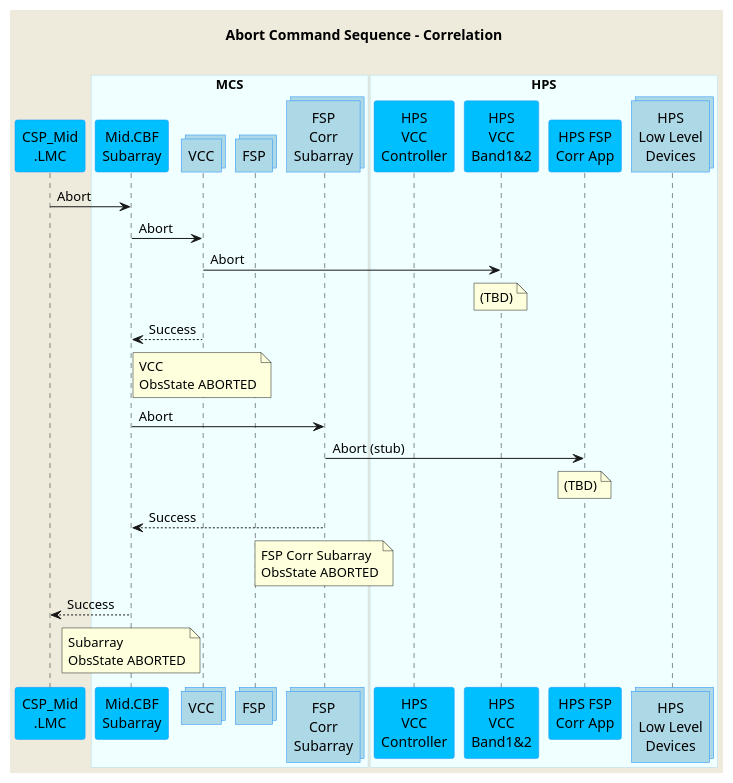
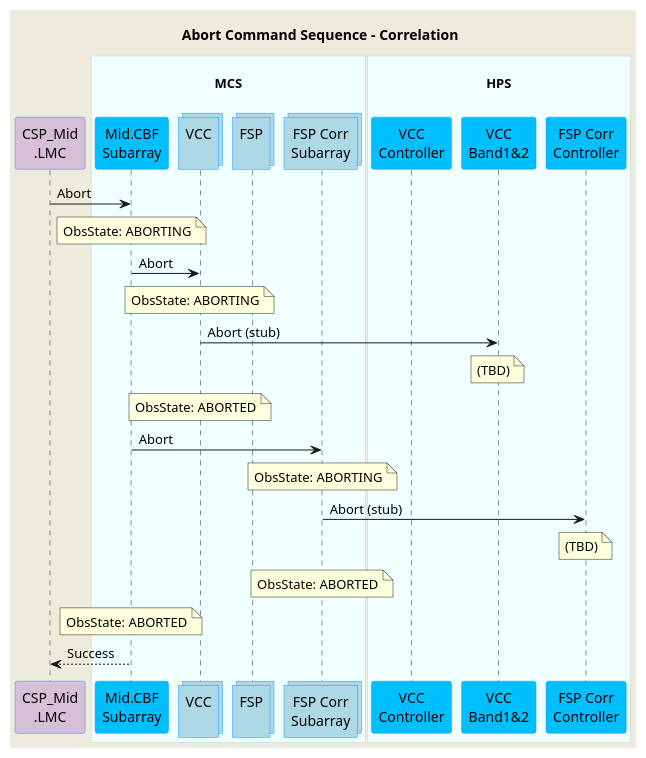
The diagram in docs/src/diagrams/abort-command.puml (ska-telescope/mid-cbf-mcs), drawn with PlantUML before and after one commit. The commit also changed 19 other files, not shown here.

```diff
--- a/docs/src/diagrams/abort-command.puml
+++ b/docs/src/diagrams/abort-command.puml
@@ -1,60 +1,55 @@
 @startuml
 'https://plantuml.com/sequence-diagram
 
 skinparam backgroundColor #EEEBDC
 skinparam sequence {
-ParticipantBorderColor DodgerBlue
-ParticipantBackgroundColor DeepSkyBlue
-ActorBorderColor DarkGreen
-ActorBackgroundColor Green
-BoxBorderColor LightBlue
-BoxBackgroundColor #F0FFFF
+  ParticipantBorderColor DodgerBlue
+  ParticipantBackgroundColor DeepSkyBlue
+  ActorBorderColor DarkGreen
+  ActorBackgroundColor Green
+  BoxBorderColor LightBlue
+  BoxBackgroundColor #F0FFFF
 }
 
 skinparam collections {
   BackGroundColor LightBlue
   BorderColor DodgerBlue
 }
 
 skinparam database {
   BackgroundColor LightGreen
   BorderColor DarkGreen
 }
 
-title Abort Command Sequence - Correlation\n
+title Abort Command Sequence - Correlation
 
-participant "CSP_Mid\n.LMC" as lmc
-
-box "MCS"
-participant "Mid.CBF\nSubarray" as subarray
-collections "VCC" as vcc
-collections "FSP" as fsp
-collections "FSP\nCorr\nSubarray" as fspsubarray
+participant "CSP_Mid\n.LMC" as lmc #Thistle
+box "\nMCS\n"
+  participant "Mid.CBF\nSubarray" as subarray
+  collections "VCC\n" as vcc
+  collections "FSP\n" as fsp
+  collections "FSP Corr\nSubarray" as fspsubarray
 end box
-
-box "HPS"
-participant "HPS\nVCC\nController" as hpsvcc
-participant "HPS\nVCC\nBand1&2" as hpsvccband
-participant "HPS FSP\nCorr App" as hpsfsp
-collections "HPS\nLow Level\nDevices" as hpsdevices
+box "\nHPS\n"
+  participant "VCC\nController" as hpsvcc
+  participant "VCC\nBand1&2" as hpsvccband
+  participant "FSP Corr\nController" as hpsfspcorr
 end box
 
 lmc        ->  subarray      : Abort
-
+note over subarray           : ObsState: ABORTING
 subarray   ->  vcc           : Abort
-vcc        ->  hpsvccband    : Abort
+note over vcc                : ObsState: ABORTING
+vcc        ->  hpsvccband    : Abort (stub) 
 note over hpsvccband         : (TBD)
-subarray   <-- vcc           : Success
-note over vcc                : VCC\nObsState ABORTED
+note over vcc                : ObsState: ABORTED
 subarray   ->  fspsubarray   : Abort
-fspsubarray->  hpsfsp        : Abort (stub)
-note over hpsfsp             : (TBD)
-subarray   <-- fspsubarray   : Success
-note over fspsubarray        : FSP Corr Subarray\nObsState ABORTED
-
+note over fspsubarray        : ObsState: ABORTING
+fspsubarray->  hpsfspcorr    : Abort (stub)
+note over hpsfspcorr         : (TBD)
+note over fspsubarray        : ObsState: ABORTED
+note over subarray           : ObsState: ABORTED
 
 lmc       <--  subarray      : Success
-note over subarray           : Subarray\nObsState ABORTED
-
 
 @enduml
```
